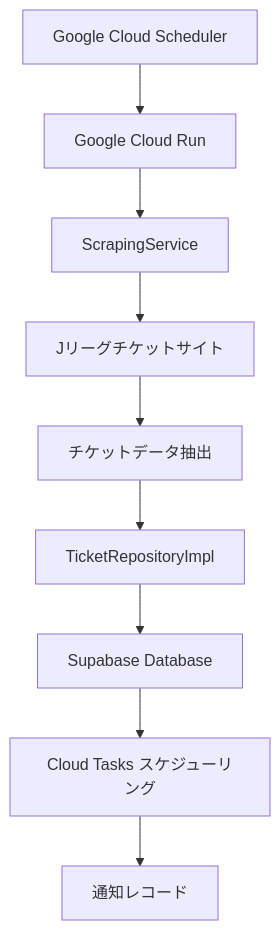
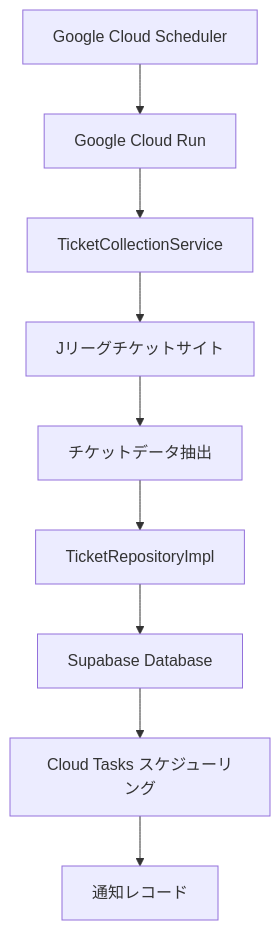
One commit to kazuya-m/urawa-support-hub changed the first of 2 diagrams in docs/ja/system-architecture.md. Above: the diagram before and after it, drawn with Mermaid. The commit also changed other lines of this file and 3 other files, not shown here.

````diff
--- a/docs/ja/system-architecture.md
+++ b/docs/ja/system-architecture.md
@@ -251,11 +252,11 @@
 ```mermaid
 graph TD
     A[Google Cloud Scheduler] --> B[Google Cloud Run]
-    B --> C[ScrapingService]
+    B --> C[TicketCollectionService]
     C --> D[Jリーグチケットサイト]
     D --> E[チケットデータ抽出]
     E --> F[TicketRepositoryImpl]
     F --> G[Supabase Database]
     G --> H[Cloud Tasks スケジューリング]
     H --> I[通知レコード]
 ```
````
